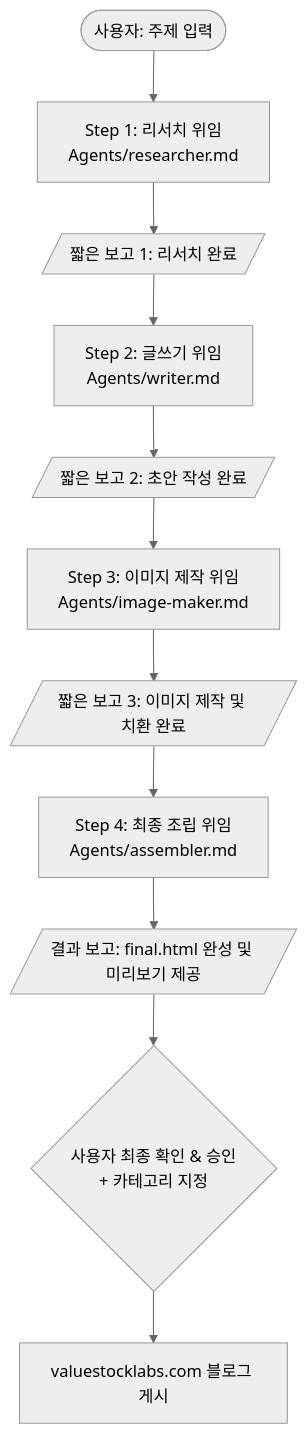
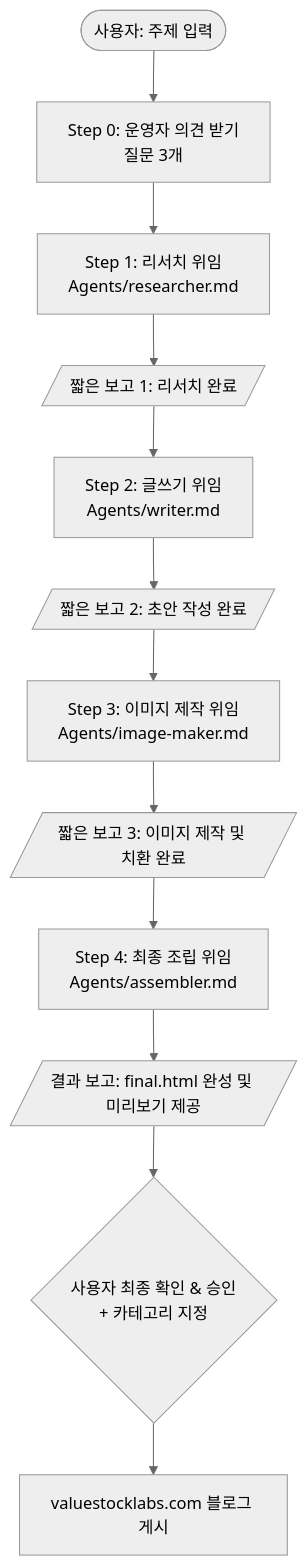
The diagram in blog new agent/blog team leader.md (youngmin-seo-art/Claud), drawn with Mermaid (neutral theme) before and after one commit. The commit also changed other lines of this file and 4 other files, not shown here.

````diff
--- a/blog new agent/blog team leader.md
+++ b/blog new agent/blog team leader.md
@@ -46,13 +48,14 @@
 ```mermaid
 flowchart TD
-    User([사용자: 주제 입력]) --> Step1[Step 1: 리서치 위임<br/>Agents/researcher.md]
+    User([사용자: 주제 입력]) --> Step0[Step 0: 운영자 의견 받기<br/>질문 3개]
+    Step0 --> Step1[Step 1: 리서치 위임<br/>Agents/researcher.md]
     Step1 --> Rep1[/짧은 보고 1: 리서치 완료/]
     Rep1 --> Step2[Step 2: 글쓰기 위임<br/>Agents/writer.md]
     Step2 --> Rep2[/짧은 보고 2: 초안 작성 완료/]
     Rep2 --> Step3[Step 3: 이미지 제작 위임<br/>Agents/image-maker.md]
     Step3 --> Rep3[/짧은 보고 3: 이미지 제작 및 치환 완료/]
     Rep3 --> Step4[Step 4: 최종 조립 위임<br/>Agents/assembler.md]
     Step4 --> HTML[/결과 보고: final.html 완성 및 미리보기 제공/]
     HTML --> Confirm{사용자 최종 확인 & 승인<br/>+ 카테고리 지정}
     Confirm --> Publish[valuestocklabs.com 블로그 게시]
 ```
````
